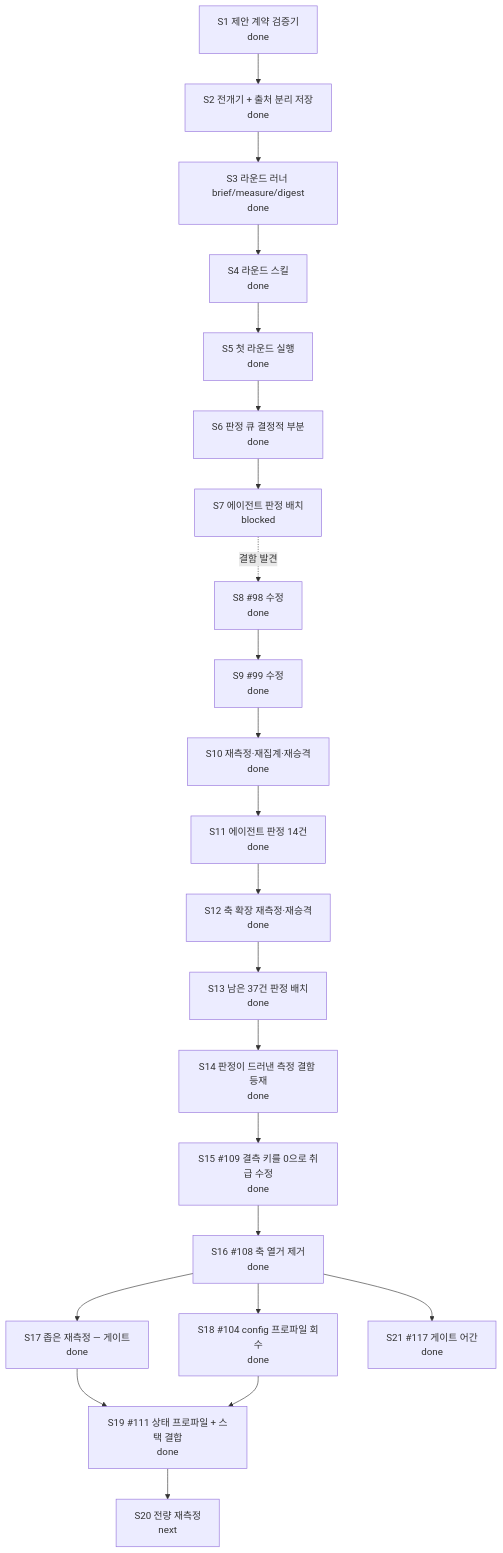
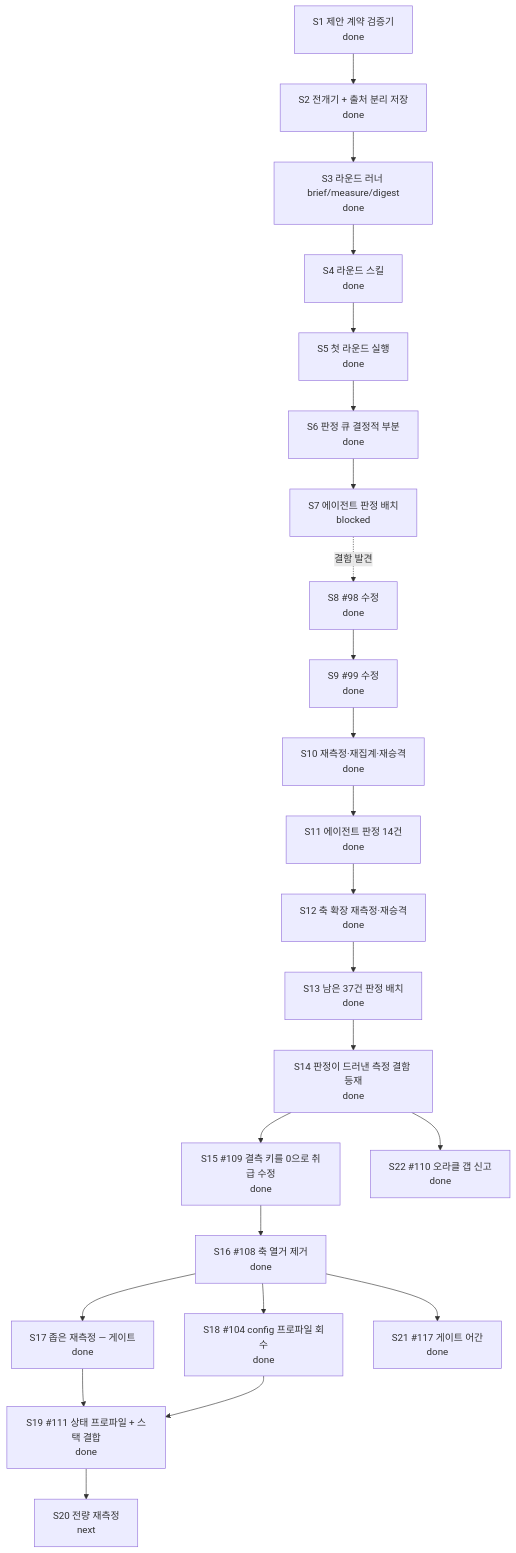
The diagram in docs/CURRENT-PLAN.md (skerfolg/poe2-ai-wiki), drawn with Mermaid before and after one commit. The commit also changed other lines of this file, not shown here.

````diff
--- a/docs/CURRENT-PLAN.md
+++ b/docs/CURRENT-PLAN.md
@@ -23,29 +23,31 @@
 ```mermaid
 flowchart TD
   CONTRACT[S1 제안 계약 검증기<br/>done]
   FLOW[S2 전개기 + 출처 분리 저장<br/>done]
   ROUND[S3 라운드 러너 brief/measure/digest<br/>done]
   SKILL[S4 라운드 스킬<br/>done]
   FIRST[S5 첫 라운드 실행<br/>done]
   NECESS[S6 판정 큐 결정적 부분<br/>done]
   JUDGE[S7 에이전트 판정 배치<br/>blocked]
   FIX[S8 #98 수정<br/>done]
   REMEAS[S9 #99 수정<br/>done]
   REAGG[S10 재측정·재집계·재승격<br/>done]
   RESUME[S11 에이전트 판정 14건<br/>done]
   AXES[S12 축 확장 재측정·재승격<br/>done]
   NEXT2[S13 남은 37건 판정 배치<br/>done]
   DEF[S14 판정이 드러낸 측정 결함 등재<br/>done]
   FIXDELTA[S15 #109 결측 키를 0으로 취급 수정<br/>done]
   WIDEN[S16 #108 축 열거 제거<br/>done]
   NARROW[S17 좁은 재측정 — 게이트<br/>done]
   CFG[S18 #104 config 프로파일 회수<br/>done]
   CPL[S19 #111 상태 프로파일 + 스택 결합<br/>done]
   FULL[S20 전량 재측정<br/>next]
   STEM[S21 #117 게이트 어간<br/>done]
+  ORACLE[S22 #110 오라클 갭 신고<br/>done]
   CONTRACT --> FLOW --> ROUND --> SKILL --> FIRST --> NECESS --> JUDGE
   JUDGE -. 결함 발견 .-> FIX --> REMEAS --> REAGG --> RESUME --> AXES --> NEXT2
   NEXT2 --> DEF --> FIXDELTA --> WIDEN --> NARROW --> CPL --> FULL
   WIDEN --> CFG --> CPL
   WIDEN --> STEM
+  DEF --> ORACLE
 ```
````
